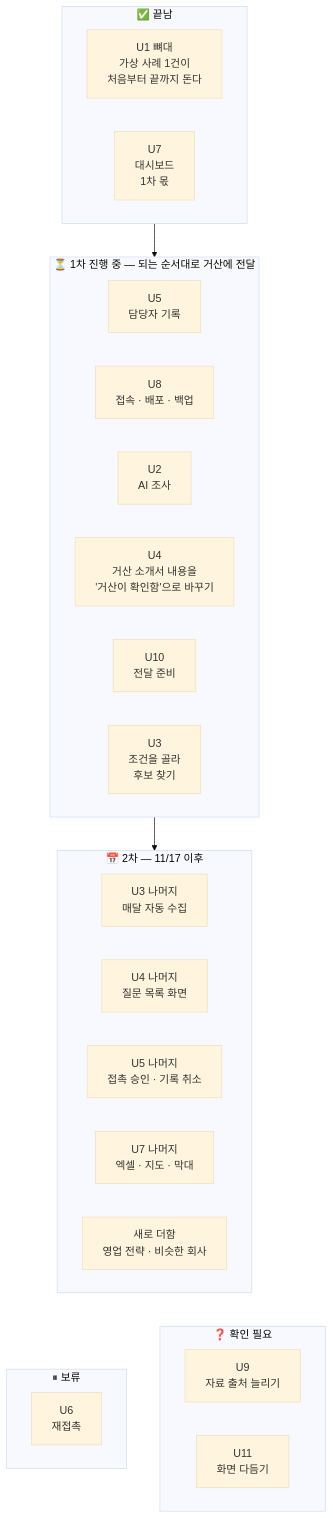
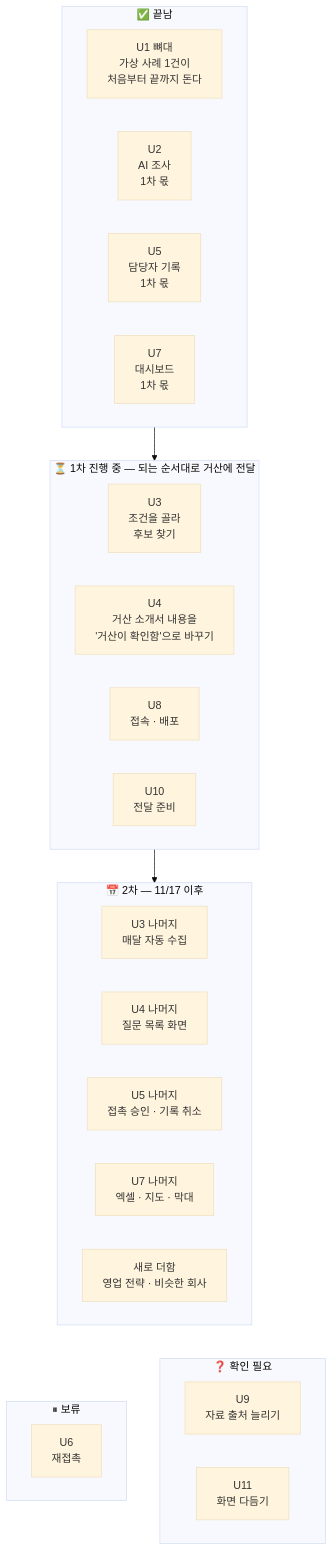
One commit to agent-ddalgi-team/final-geosan changed the second of 2 diagrams in docs/map/README.md. Above: the diagram before and after it, drawn with Mermaid (base theme). The commit also changed other lines of this file and 5 other files, not shown here.

````diff
--- a/docs/map/README.md
+++ b/docs/map/README.md
@@ -54,32 +54,32 @@
 ```mermaid
 flowchart TB
     subgraph DONE["✅ 끝남"]
         U1["U1 뼈대<br/>가상 사례 1건이<br/>처음부터 끝까지 돈다"]
+        U2["U2<br/>AI 조사<br/>1차 몫"]
+        U5["U5<br/>담당자 기록<br/>1차 몫"]
         U7["U7<br/>대시보드<br/>1차 몫"]
     end
     subgraph NOW["⏳ 1차 진행 중 — 되는 순서대로 거산에 전달"]
-        U5["U5<br/>담당자 기록"]
-        U8["U8<br/>접속 · 배포 · 백업"]
-        U2["U2<br/>AI 조사"]
+        U3["U3<br/>조건을 골라<br/>후보 찾기"]
         U4["U4<br/>거산 소개서 내용을<br/>'거산이 확인함'으로 바꾸기"]
+        U8["U8<br/>접속 · 배포"]
         U10["U10<br/>전달 준비"]
-        U3["U3<br/>조건을 골라<br/>후보 찾기"]
     end
     subgraph NEXT["📅 2차 — 11/17 이후"]
         X0["U3 나머지<br/>매달 자동 수집"]
         X1["U4 나머지<br/>질문 목록 화면"]
         X2["U5 나머지<br/>접촉 승인 · 기록 취소"]
         X3["U7 나머지<br/>엑셀 · 지도 · 막대"]
         X4["새로 더함<br/>영업 전략 · 비슷한 회사"]
     end
     subgraph HOLD["⏸ 보류"]
         U6["U6<br/>재접촉"]
     end
     subgraph ASK["❓ 확인 필요"]
         U9["U9<br/>자료 출처 늘리기"]
         U11["U11<br/>화면 다듬기"]
     end
     DONE --> NOW --> NEXT
     NEXT ~~~ HOLD
     NEXT ~~~ ASK
 ```
````
